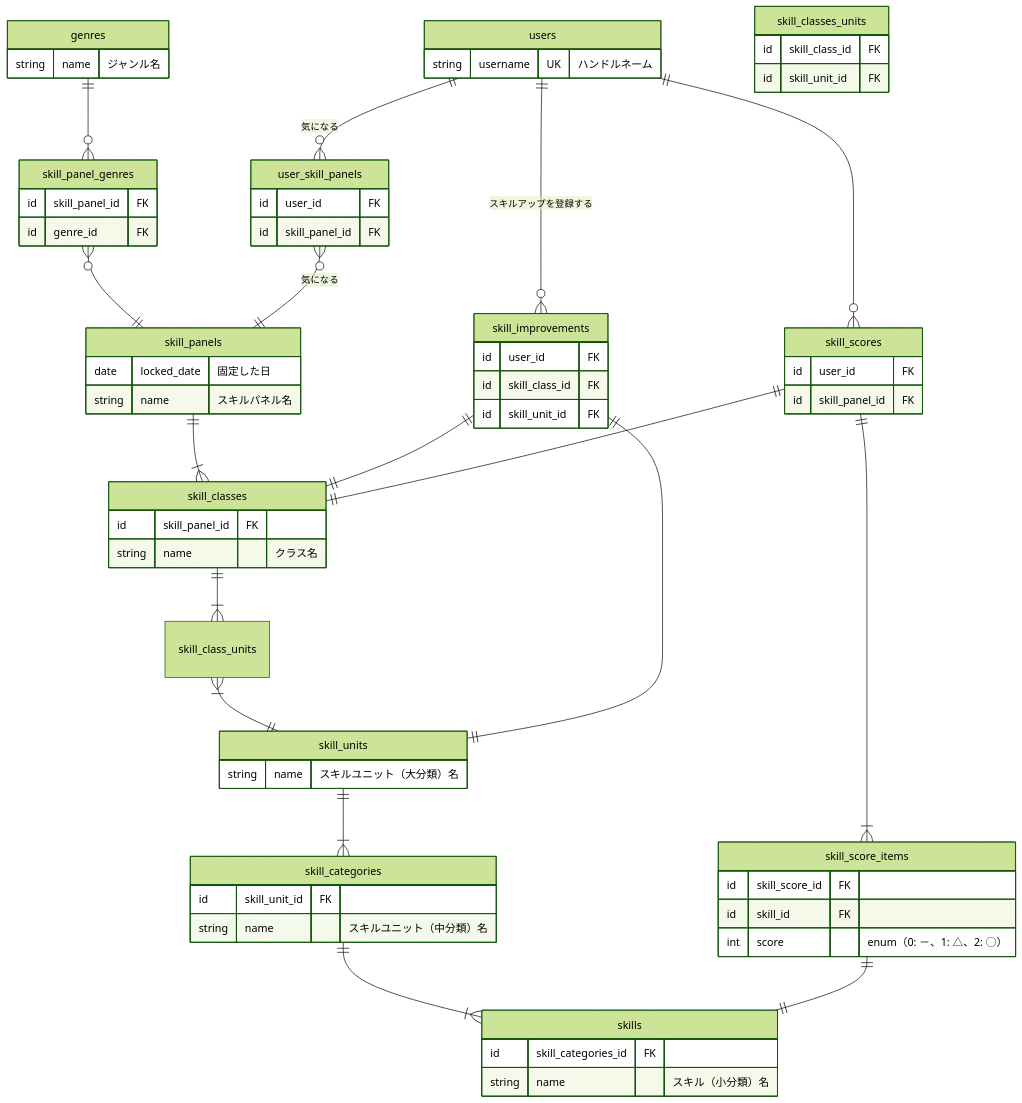
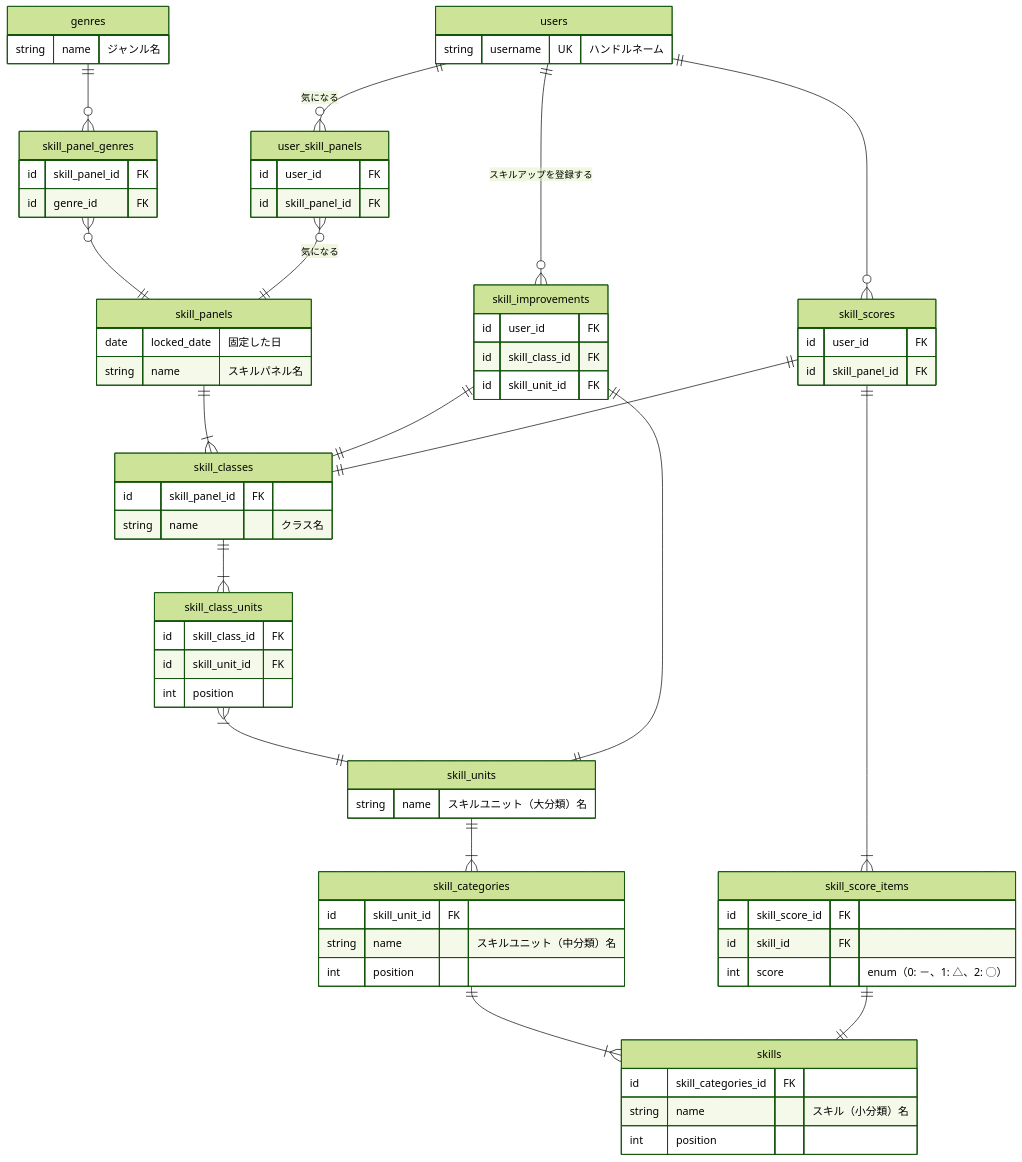
The second of 2 diagrams in docs/conceptual_schemas/skills.md (bright-org/bright), drawn with Mermaid (forest theme) before and after one commit. The commit also changed 10 other files, not shown here.

Commit message:
feat: add position to tables for skill unit

```diff
--- a/docs/conceptual_schemas/skills.md
+++ b/docs/conceptual_schemas/skills.md
@@ -72,9 +72,10 @@
     string name "クラス名"
   }
 
-  skill_classes_units {
+  skill_class_units {
     id skill_class_id FK
     id skill_unit_id FK
+    int position
   }
 
   skill_units {
@@ -84,11 +85,13 @@
   skill_categories {
     id skill_unit_id FK
     string name "スキルユニット（中分類）名"
+    int position
   }
 
   skills {
     id skill_categories_id FK
     string name "スキル（小分類）名"
+    int position
   }
 
   genres {
```
